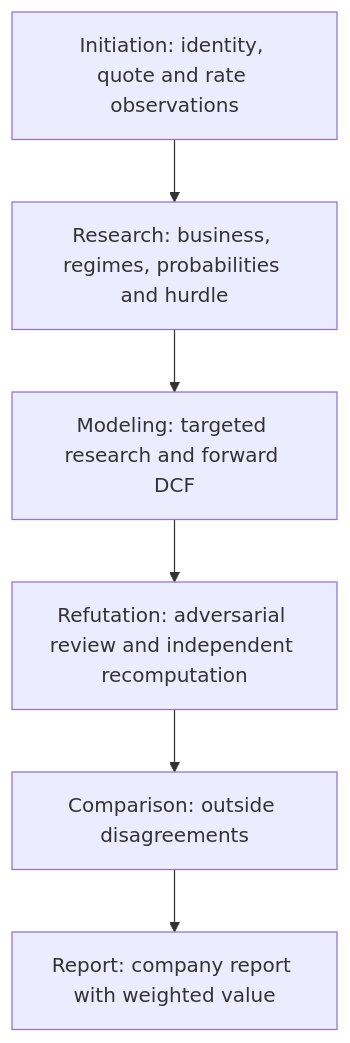
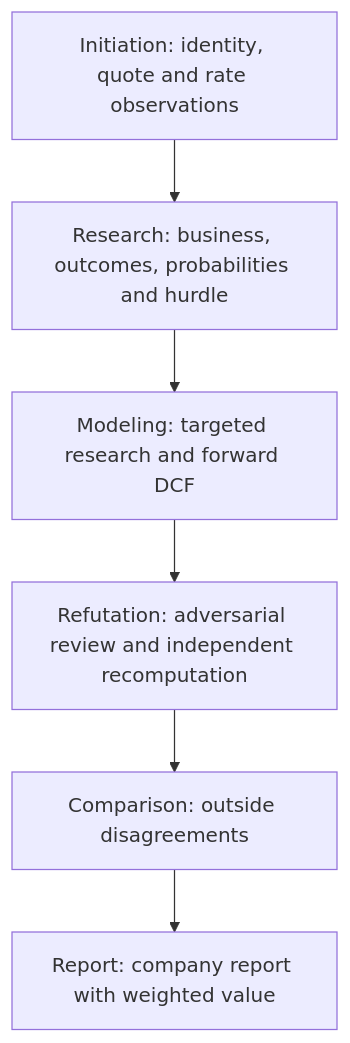
One commit to dwarnecke/agent-targets changed the diagram in docs/design/README.md. Above: the diagram before and after it, drawn with Mermaid. The commit also changed other lines of this file and 22 other files, not shown here.

````diff
--- a/docs/design/README.md
+++ b/docs/design/README.md
@@ -23,8 +23,8 @@
 ```mermaid
 flowchart TD
-    A[Initiation: identity, quote and rate observations] --> B[Research: business, regimes, probabilities and hurdle]
+    A[Initiation: identity, quote and rate observations] --> B[Research: business, outcomes, probabilities and hurdle]
     B --> C[Modeling: targeted research and forward DCF]
     C --> D[Refutation: adversarial review and independent recomputation]
     D --> E[Comparison: outside disagreements]
     E --> F[Report: company report with weighted value]
 ```
````
